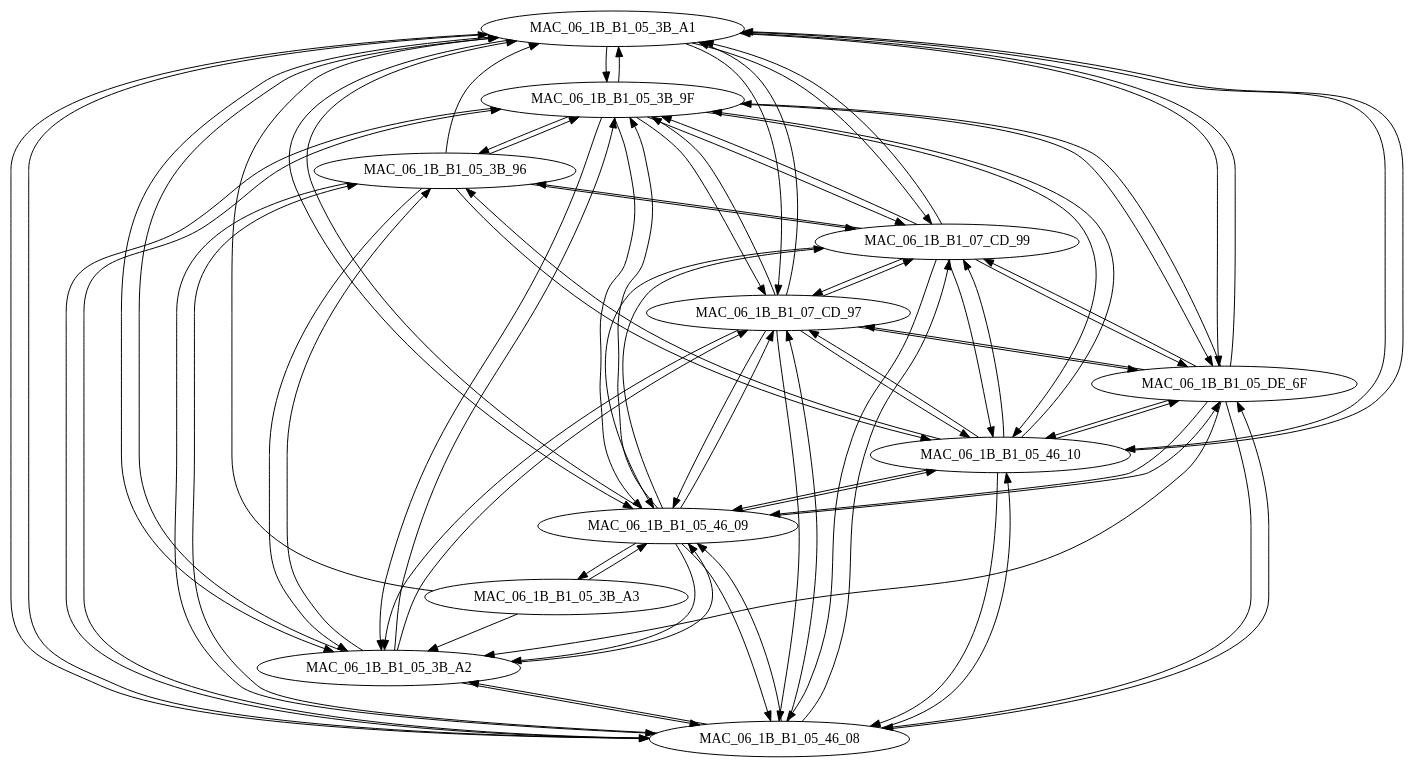
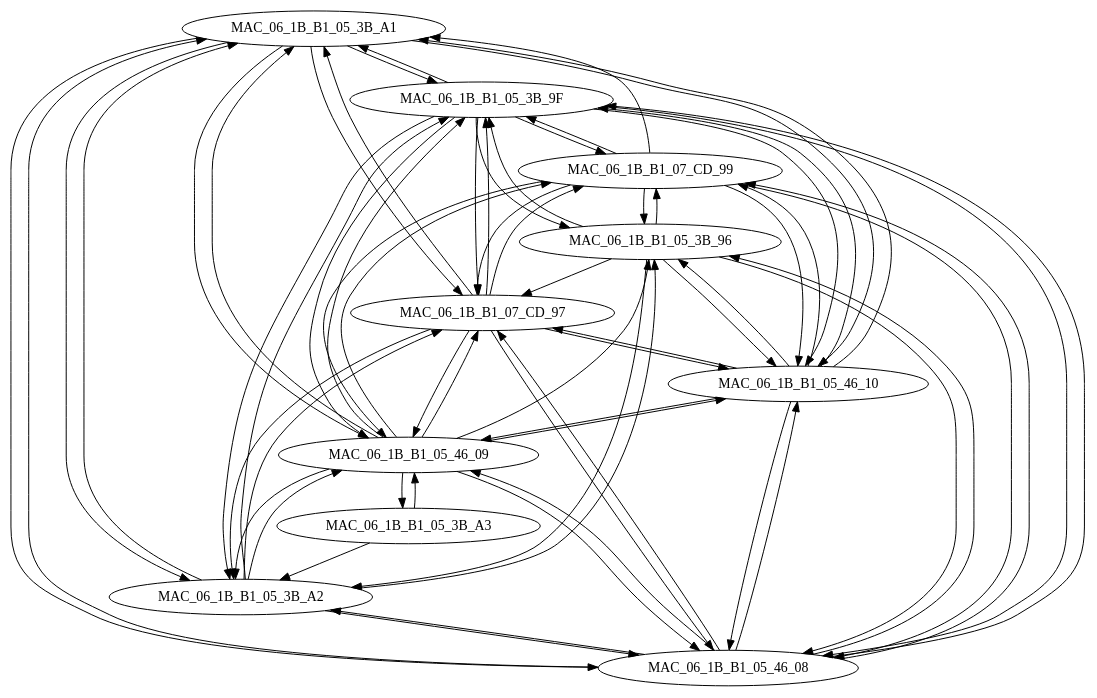
Before and after one commit to kathi1987/clickwatch: the diagram in edu.hu.clickwatch.examples/src/edu/hu/clickwatch/examples/linkdist/output.dot, drawn with Graphviz. The commit also changed 73 other files, not shown here.

```diff
--- a/edu.hu.clickwatch.examples/src/edu/hu/clickwatch/examples/linkdist/output.dot
+++ b/edu.hu.clickwatch.examples/src/edu/hu/clickwatch/examples/linkdist/output.dot
@@ -1,85 +1,69 @@
 digraph {
   MAC_06_1B_B1_05_3B_A1 -> MAC_06_1B_B1_05_3B_9F;
   MAC_06_1B_B1_05_3B_A1 -> MAC_06_1B_B1_05_3B_A2;
   MAC_06_1B_B1_05_3B_A1 -> MAC_06_1B_B1_05_46_08;
   MAC_06_1B_B1_05_3B_A1 -> MAC_06_1B_B1_05_46_09;
   MAC_06_1B_B1_05_3B_A1 -> MAC_06_1B_B1_05_46_10;
-  MAC_06_1B_B1_05_3B_A1 -> MAC_06_1B_B1_05_DE_6F;
   MAC_06_1B_B1_05_3B_A1 -> MAC_06_1B_B1_07_CD_97;
-  MAC_06_1B_B1_05_3B_A1 -> MAC_06_1B_B1_07_CD_99;
+  MAC_06_1B_B1_05_46_09 -> MAC_06_1B_B1_05_3B_96;
   MAC_06_1B_B1_05_46_09 -> MAC_06_1B_B1_05_3B_9F;
   MAC_06_1B_B1_05_46_09 -> MAC_06_1B_B1_05_3B_A1;
   MAC_06_1B_B1_05_46_09 -> MAC_06_1B_B1_05_3B_A2;
   MAC_06_1B_B1_05_46_09 -> MAC_06_1B_B1_05_3B_A3;
   MAC_06_1B_B1_05_46_09 -> MAC_06_1B_B1_05_46_08;
   MAC_06_1B_B1_05_46_09 -> MAC_06_1B_B1_05_46_10;
-  MAC_06_1B_B1_05_46_09 -> MAC_06_1B_B1_05_DE_6F;
   MAC_06_1B_B1_05_46_09 -> MAC_06_1B_B1_07_CD_97;
   MAC_06_1B_B1_05_46_09 -> MAC_06_1B_B1_07_CD_99;
   MAC_06_1B_B1_05_46_08 -> MAC_06_1B_B1_05_3B_96;
   MAC_06_1B_B1_05_46_08 -> MAC_06_1B_B1_05_3B_9F;
   MAC_06_1B_B1_05_46_08 -> MAC_06_1B_B1_05_3B_A1;
   MAC_06_1B_B1_05_46_08 -> MAC_06_1B_B1_05_3B_A2;
   MAC_06_1B_B1_05_46_08 -> MAC_06_1B_B1_05_46_09;
   MAC_06_1B_B1_05_46_08 -> MAC_06_1B_B1_05_46_10;
-  MAC_06_1B_B1_05_46_08 -> MAC_06_1B_B1_05_DE_6F;
   MAC_06_1B_B1_05_46_08 -> MAC_06_1B_B1_07_CD_97;
   MAC_06_1B_B1_05_46_08 -> MAC_06_1B_B1_07_CD_99;
   MAC_06_1B_B1_05_46_10 -> MAC_06_1B_B1_05_3B_96;
   MAC_06_1B_B1_05_46_10 -> MAC_06_1B_B1_05_3B_9F;
   MAC_06_1B_B1_05_46_10 -> MAC_06_1B_B1_05_3B_A1;
   MAC_06_1B_B1_05_46_10 -> MAC_06_1B_B1_05_46_08;
   MAC_06_1B_B1_05_46_10 -> MAC_06_1B_B1_05_46_09;
-  MAC_06_1B_B1_05_46_10 -> MAC_06_1B_B1_05_DE_6F;
   MAC_06_1B_B1_05_46_10 -> MAC_06_1B_B1_07_CD_97;
   MAC_06_1B_B1_05_46_10 -> MAC_06_1B_B1_07_CD_99;
   MAC_06_1B_B1_05_3B_9F -> MAC_06_1B_B1_05_3B_96;
   MAC_06_1B_B1_05_3B_9F -> MAC_06_1B_B1_05_3B_A1;
   MAC_06_1B_B1_05_3B_9F -> MAC_06_1B_B1_05_3B_A2;
   MAC_06_1B_B1_05_3B_9F -> MAC_06_1B_B1_05_46_08;
   MAC_06_1B_B1_05_3B_9F -> MAC_06_1B_B1_05_46_09;
   MAC_06_1B_B1_05_3B_9F -> MAC_06_1B_B1_05_46_10;
-  MAC_06_1B_B1_05_3B_9F -> MAC_06_1B_B1_05_DE_6F;
   MAC_06_1B_B1_05_3B_9F -> MAC_06_1B_B1_07_CD_97;
   MAC_06_1B_B1_05_3B_9F -> MAC_06_1B_B1_07_CD_99;
   MAC_06_1B_B1_05_3B_A2 -> MAC_06_1B_B1_05_3B_96;
   MAC_06_1B_B1_05_3B_A2 -> MAC_06_1B_B1_05_3B_9F;
   MAC_06_1B_B1_05_3B_A2 -> MAC_06_1B_B1_05_3B_A1;
   MAC_06_1B_B1_05_3B_A2 -> MAC_06_1B_B1_05_46_08;
   MAC_06_1B_B1_05_3B_A2 -> MAC_06_1B_B1_05_46_09;
   MAC_06_1B_B1_05_3B_A2 -> MAC_06_1B_B1_07_CD_97;
   MAC_06_1B_B1_05_3B_96 -> MAC_06_1B_B1_05_3B_9F;
-  MAC_06_1B_B1_05_3B_96 -> MAC_06_1B_B1_05_3B_A1;
   MAC_06_1B_B1_05_3B_96 -> MAC_06_1B_B1_05_3B_A2;
   MAC_06_1B_B1_05_3B_96 -> MAC_06_1B_B1_05_46_08;
   MAC_06_1B_B1_05_3B_96 -> MAC_06_1B_B1_05_46_10;
+  MAC_06_1B_B1_05_3B_96 -> MAC_06_1B_B1_07_CD_97;
   MAC_06_1B_B1_05_3B_96 -> MAC_06_1B_B1_07_CD_99;
   MAC_06_1B_B1_07_CD_97 -> MAC_06_1B_B1_05_3B_9F;
   MAC_06_1B_B1_07_CD_97 -> MAC_06_1B_B1_05_3B_A1;
   MAC_06_1B_B1_07_CD_97 -> MAC_06_1B_B1_05_3B_A2;
   MAC_06_1B_B1_07_CD_97 -> MAC_06_1B_B1_05_46_08;
   MAC_06_1B_B1_07_CD_97 -> MAC_06_1B_B1_05_46_09;
   MAC_06_1B_B1_07_CD_97 -> MAC_06_1B_B1_05_46_10;
-  MAC_06_1B_B1_07_CD_97 -> MAC_06_1B_B1_05_DE_6F;
   MAC_06_1B_B1_07_CD_97 -> MAC_06_1B_B1_07_CD_99;
-  MAC_06_1B_B1_05_3B_A3 -> MAC_06_1B_B1_05_3B_A1;
   MAC_06_1B_B1_05_3B_A3 -> MAC_06_1B_B1_05_3B_A2;
   MAC_06_1B_B1_05_3B_A3 -> MAC_06_1B_B1_05_46_09;
   MAC_06_1B_B1_07_CD_99 -> MAC_06_1B_B1_05_3B_96;
   MAC_06_1B_B1_07_CD_99 -> MAC_06_1B_B1_05_3B_9F;
   MAC_06_1B_B1_07_CD_99 -> MAC_06_1B_B1_05_3B_A1;
   MAC_06_1B_B1_07_CD_99 -> MAC_06_1B_B1_05_46_08;
   MAC_06_1B_B1_07_CD_99 -> MAC_06_1B_B1_05_46_09;
   MAC_06_1B_B1_07_CD_99 -> MAC_06_1B_B1_05_46_10;
-  MAC_06_1B_B1_07_CD_99 -> MAC_06_1B_B1_05_DE_6F;
   MAC_06_1B_B1_07_CD_99 -> MAC_06_1B_B1_07_CD_97;
-  MAC_06_1B_B1_05_DE_6F -> MAC_06_1B_B1_05_3B_9F;
-  MAC_06_1B_B1_05_DE_6F -> MAC_06_1B_B1_05_3B_A1;
-  MAC_06_1B_B1_05_DE_6F -> MAC_06_1B_B1_05_3B_A2;
-  MAC_06_1B_B1_05_DE_6F -> MAC_06_1B_B1_05_46_08;
-  MAC_06_1B_B1_05_DE_6F -> MAC_06_1B_B1_05_46_09;
-  MAC_06_1B_B1_05_DE_6F -> MAC_06_1B_B1_05_46_10;
-  MAC_06_1B_B1_05_DE_6F -> MAC_06_1B_B1_07_CD_97;
-  MAC_06_1B_B1_05_DE_6F -> MAC_06_1B_B1_07_CD_99;
 
 }
```
